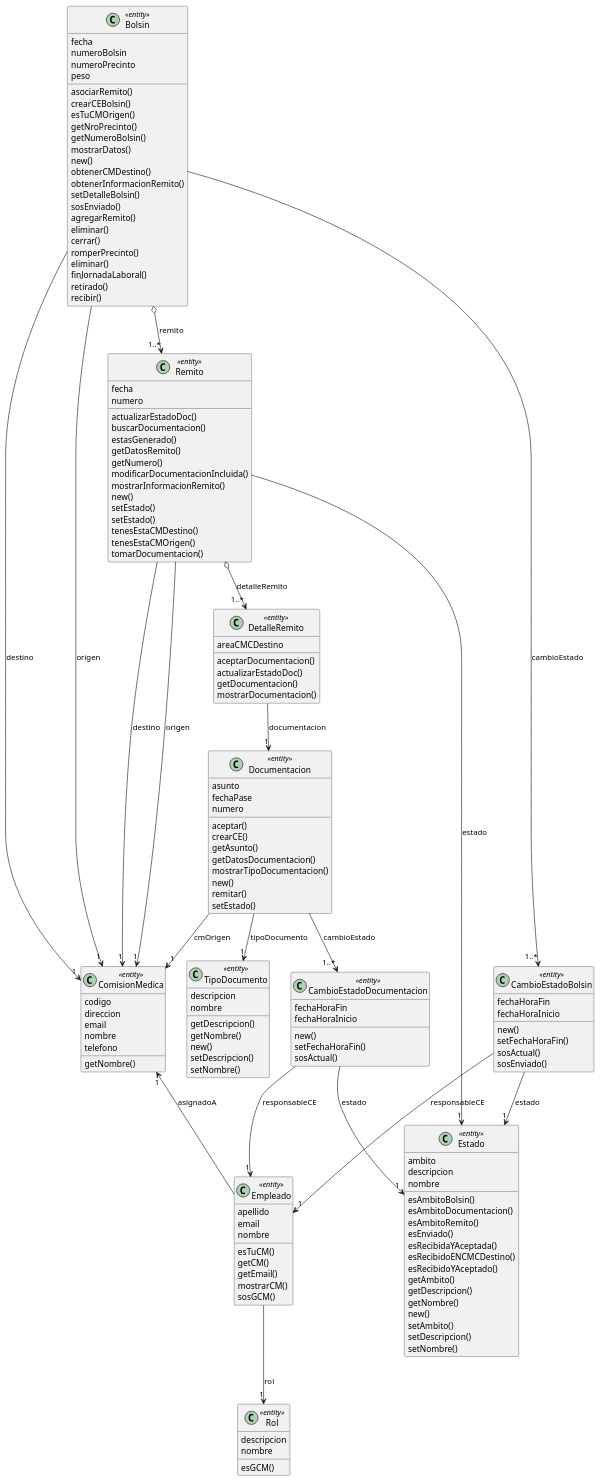
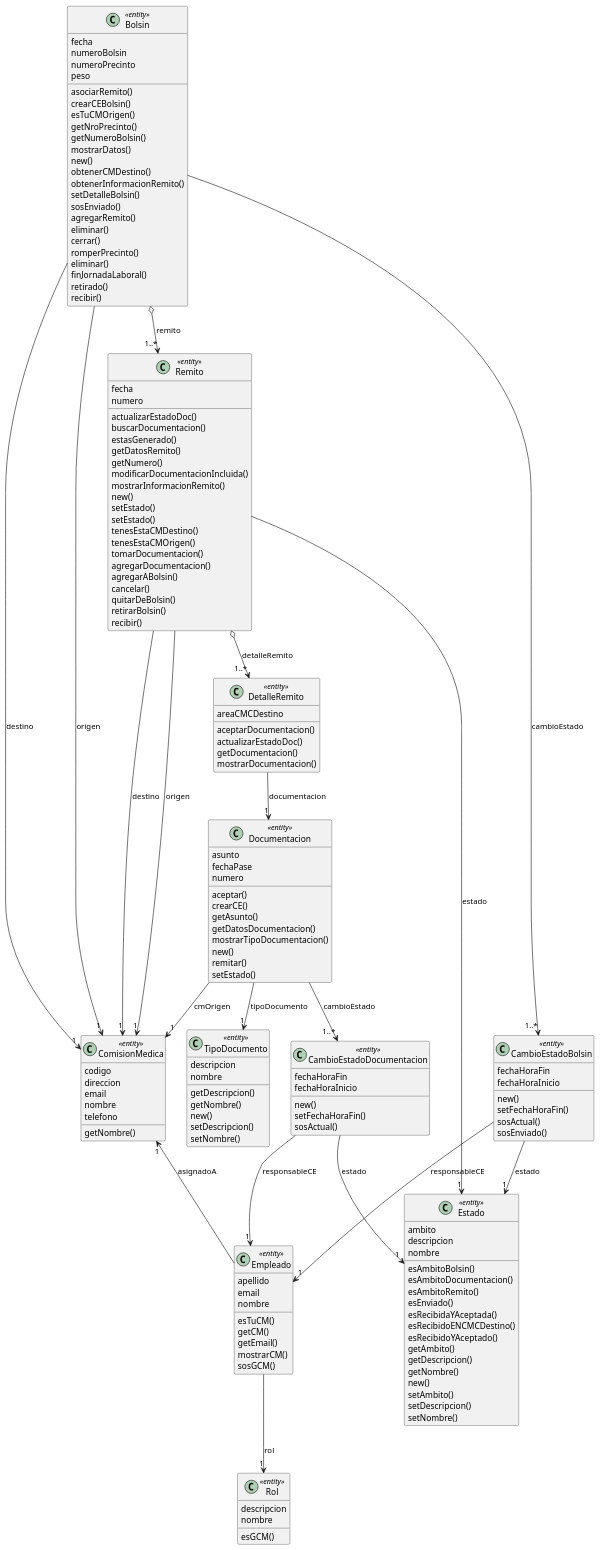
The diagram in doc/CU28_RegistrarRecepcionDeBolsin/VistaClasesAnalisis.puml (JuanjoCasas/PPAI-Bolsin), drawn with PlantUML before and after one commit. The commit also changed 1 other file, not shown here.

```diff
--- a/doc/CU28_RegistrarRecepcionDeBolsin/VistaClasesAnalisis.puml
+++ b/doc/CU28_RegistrarRecepcionDeBolsin/VistaClasesAnalisis.puml
@@ -1,165 +1,171 @@
 @startuml "RegistrarRecepcionDeBolsin"
 
 class Empleado <<entity>> {
   apellido
   email
   nombre
   esTuCM()
   getCM()
   getEmail()
   mostrarCM()
   sosGCM()
 }
 
 class ComisionMedica <<entity>> {
   codigo
   direccion
   email
   nombre
   telefono
   getNombre()
 }
 
 class Bolsin <<entity>> {
   fecha
   numeroBolsin
   numeroPrecinto
   peso
   asociarRemito()
   crearCEBolsin()
   esTuCMOrigen()
   getNroPrecinto()
   getNumeroBolsin()
   mostrarDatos()
   new()
   obtenerCMDestino()
   obtenerInformacionRemito()
   setDetalleBolsin()
   sosEnviado()
   agregarRemito()
   eliminar()
   cerrar()
   romperPrecinto()
   eliminar()
   finJornadaLaboral()
   retirado()
   recibir()
 }
 
 class Remito <<entity>> {
   fecha
   numero
   actualizarEstadoDoc()
   buscarDocumentacion()
   estasGenerado()
   getDatosRemito()
   getNumero()
   modificarDocumentacionIncluida()
   mostrarInformacionRemito()
   new()
   setEstado()
   setEstado()
   tenesEstaCMDestino()
   tenesEstaCMOrigen()
   tomarDocumentacion()
+  agregarDocumentacion()
+  agregarABolsin()
+  cancelar()
+  quitarDeBolsin()
+  retirarBolsin()
+  recibir()
 }
 
 class CambioEstadoBolsin <<entity>> {
   fechaHoraFin
   fechaHoraInicio
   new()
   setFechaHoraFin()
   sosActual()
   sosEnviado()
 }
 
 class Estado <<entity>> {
   ambito
   descripcion
   nombre
   esAmbitoBolsin()
   esAmbitoDocumentacion()
   esAmbitoRemito()
   esEnviado()
   esRecibidaYAceptada()
   esRecibidoENCMCDestino()
   esRecibidoYAceptado()
   getAmbito()
   getDescripcion()
   getNombre()
   new()
   setAmbito()
   setDescripcion()
   setNombre()
 }
 
 class Documentacion <<entity>> {
   asunto
   fechaPase
   numero
   aceptar()
   crearCE()
   getAsunto()
   getDatosDocumentacion()
   mostrarTipoDocumentacion()
   new()
   remitar()
   setEstado()
 }
 
 class TipoDocumento <<entity>> {
   descripcion
   nombre
   getDescripcion()
   getNombre()
   new()
   setDescripcion()
   setNombre()
 }
 
 class Rol <<entity>> {
   descripcion
   nombre
   esGCM()
 }
 
 class DetalleRemito <<entity>> {
   areaCMCDestino
   aceptarDocumentacion()
   actualizarEstadoDoc()
   getDocumentacion()
   mostrarDocumentacion()
 }
 
 
 class CambioEstadoDocumentacion <<entity>> {
   fechaHoraFin
   fechaHoraInicio
   new()
   setFechaHoraFin()
   sosActual()
 }
 
 ComisionMedica "1" <-- Empleado : asignadoA
 Empleado --> "1" Rol : rol
 
 Documentacion --> "1" TipoDocumento : tipoDocumento
 Documentacion --> "1" ComisionMedica : cmOrigen
 Documentacion --> "1..*" CambioEstadoDocumentacion : cambioEstado
 CambioEstadoDocumentacion --> "1" Estado : estado
 CambioEstadoDocumentacion --> "1" Empleado : responsableCE
 
 Remito o--> "1..*" DetalleRemito : detalleRemito
 DetalleRemito --> "1" Documentacion : documentacion
 Remito --> "1" ComisionMedica : origen
 Remito --> "1" ComisionMedica : destino
 Remito --> "1" Estado : estado
 
 Bolsin o--> "1..*" Remito : remito
 Bolsin --> "1" ComisionMedica : origen
 Bolsin --> "1" ComisionMedica : destino
 Bolsin --> "1..*" CambioEstadoBolsin : cambioEstado
 CambioEstadoBolsin --> "1" Estado : estado
 CambioEstadoBolsin --> "1" Empleado : responsableCE
 
 @enduml
```
